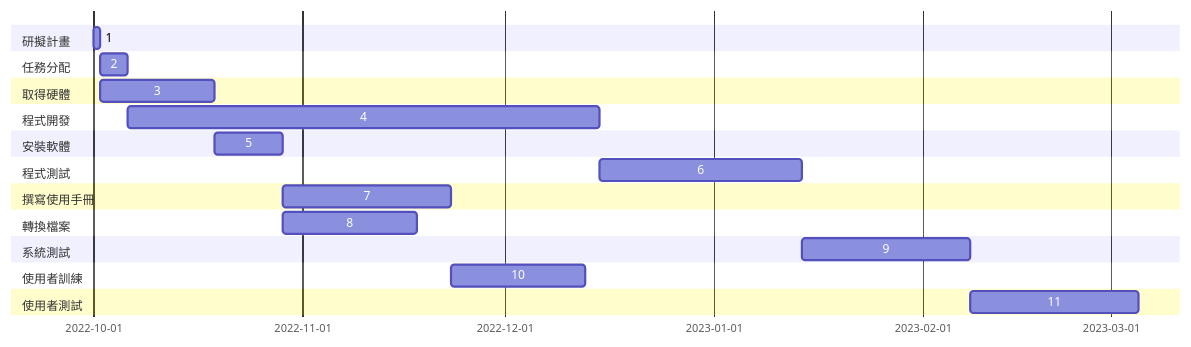
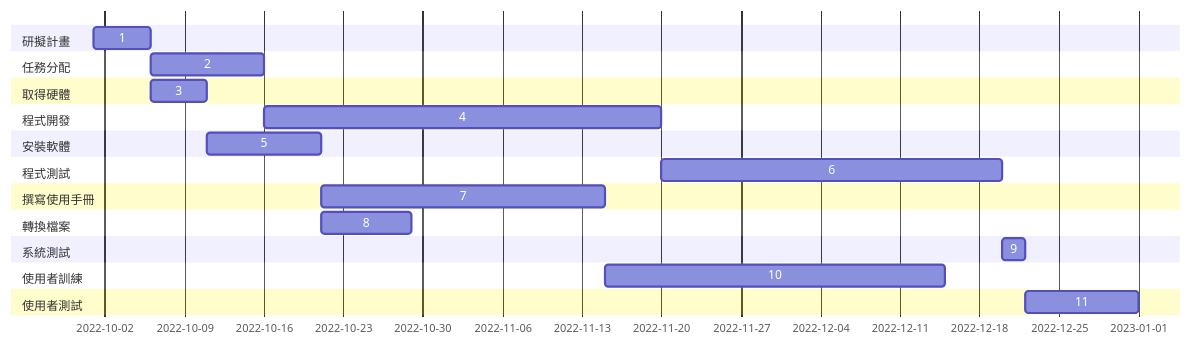
One commit to khzrg0709/2022-3B changed the diagram in hw2.md. Above: the diagram before and after it, drawn with Mermaid.

````diff
--- a/hw2.md
+++ b/hw2.md
@@ -19,25 +19,25 @@
 ```mermaid
 gantt
     section 研擬計畫
-    1:a1, 2022-10-01, 1d
+    1:a1, 2022-10-01, 5d
     section 任務分配
-    2:a2,after a1  , 4d
+    2:a2,after a1  , 10d
     section 取得硬體
-    3:a3,after a1  , 17d
+    3:a3,after a1  , 5d
     section 程式開發
-    4:a4,after a2  , 70d 
+    4:a4,after a2  , 35d 
     section 安裝軟體
     5:a5,after a3  , 10d
     section 程式測試
     6:a6,after a4  , 30d
     section 撰寫使用手冊
     7:a7,after a5  , 25d
     section 轉換檔案
-    8:a8,after a5  , 20d
+    8:a8,after a5  , 8d
     section 系統測試
-    9:a9,after a6  , 25d
+    9:a9,after a6  , 2d
     section 使用者訓練
-    10:a10,after a7, 20d
+    10:a10,after a7, 30d
     section 使用者測試
-    11:a11,after a9, 25d
+    11:a11,after a9, 10d
 ```
````
